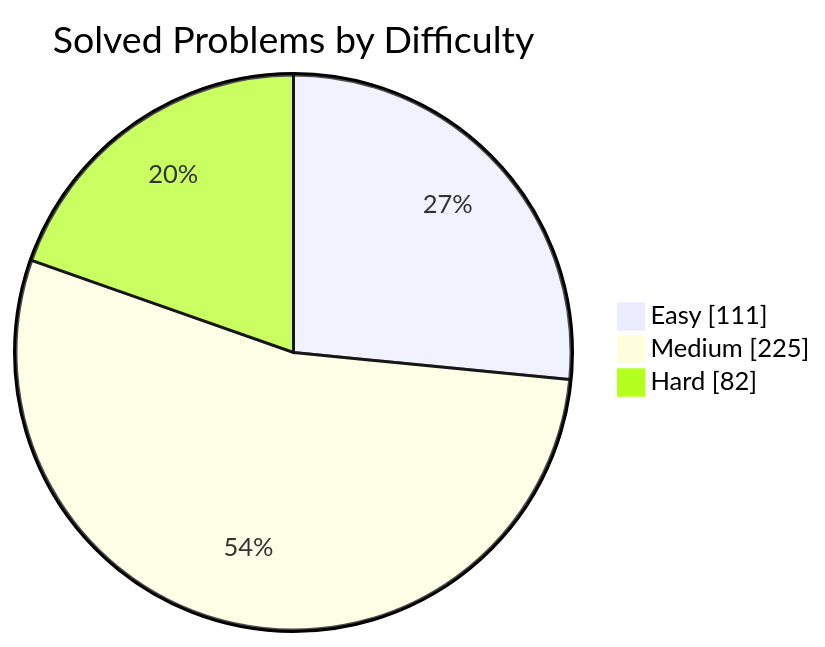
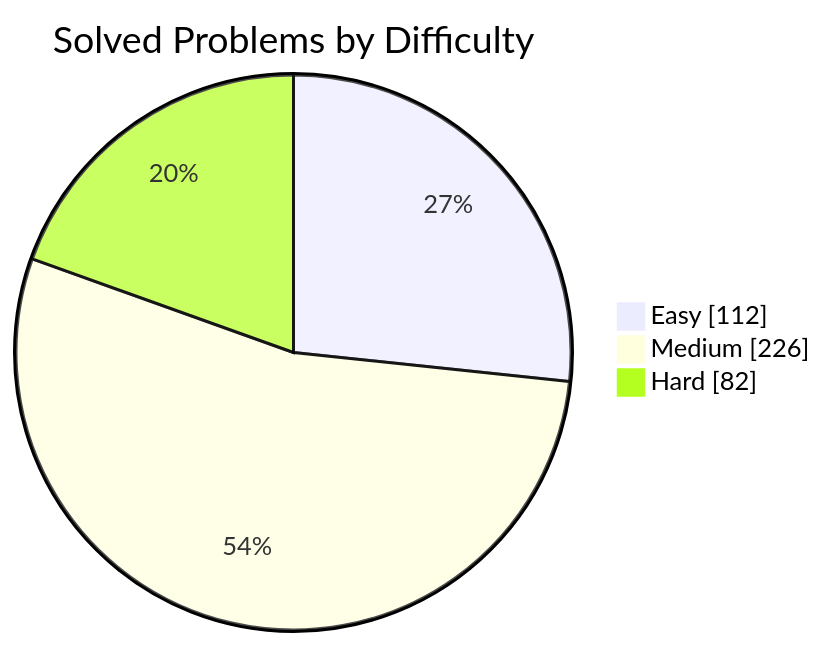
One commit to manikantbindass/DSA-Preparation-FAANG changed the first of 2 diagrams in README.md. Above: the diagram before and after it, drawn with Mermaid. The commit also changed other lines of this file and 1 other file, not shown here.

````diff
--- a/README.md
+++ b/README.md
@@ -77,7 +77,7 @@
 ```mermaid
 pie showData
     title Solved Problems by Difficulty
-    "Easy" : 111
-    "Medium" : 225
+    "Easy" : 112
+    "Medium" : 226
     "Hard" : 82
 ```
````
